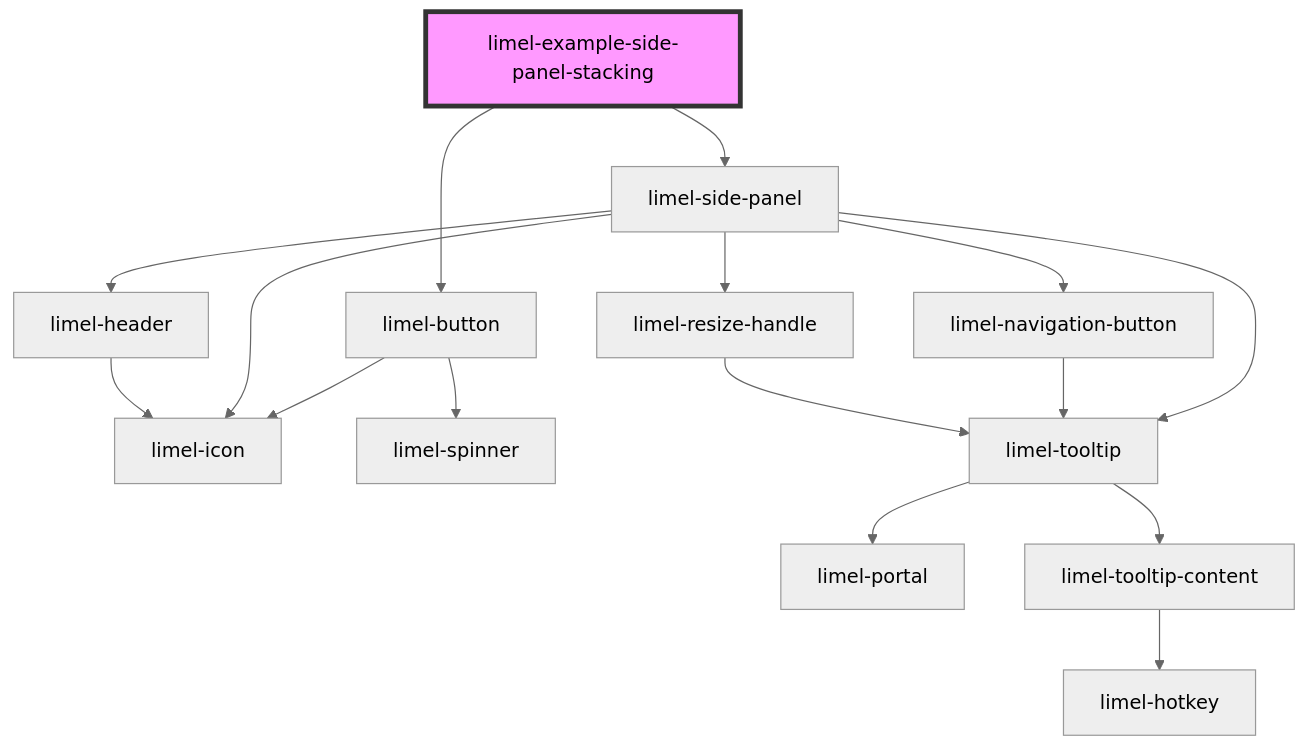
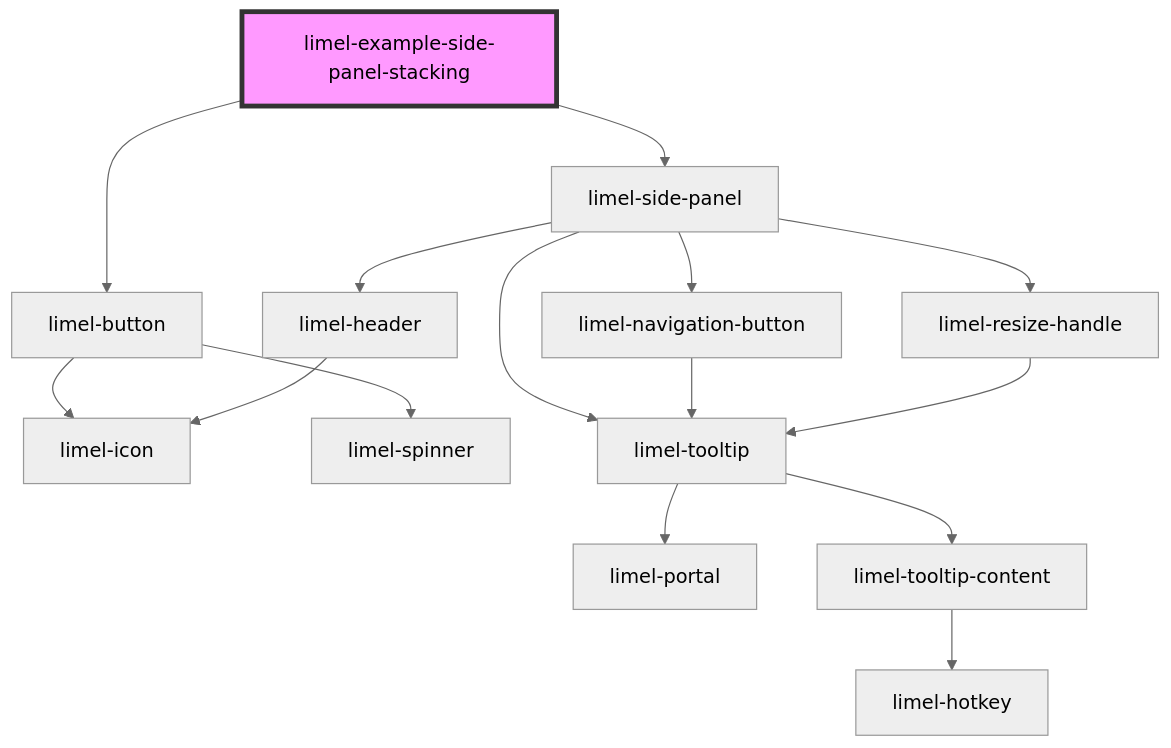
Before and after one commit to Lundalogik/lime-elements: the diagram in versions/PR-4502/markdown-docs/components/side-panel/examples/readme.md, drawn with Mermaid (neutral theme). The commit also changed 625 other files, not shown here.

````diff
--- a/versions/PR-4502/markdown-docs/components/side-panel/examples/readme.md
+++ b/versions/PR-4502/markdown-docs/components/side-panel/examples/readme.md
@@ -34,19 +34,18 @@
 ```mermaid
 graph TD;
   limel-example-side-panel-stacking --> limel-button
   limel-example-side-panel-stacking --> limel-side-panel
   limel-button --> limel-icon
   limel-button --> limel-spinner
-  limel-side-panel --> limel-icon
+  limel-side-panel --> limel-navigation-button
   limel-side-panel --> limel-tooltip
-  limel-side-panel --> limel-navigation-button
   limel-side-panel --> limel-header
   limel-side-panel --> limel-resize-handle
+  limel-navigation-button --> limel-tooltip
   limel-tooltip --> limel-portal
   limel-tooltip --> limel-tooltip-content
   limel-tooltip-content --> limel-hotkey
-  limel-navigation-button --> limel-tooltip
   limel-header --> limel-icon
   limel-resize-handle --> limel-tooltip
   style limel-example-side-panel-stacking fill:#f9f,stroke:#333,stroke-width:4px
 ```
````
